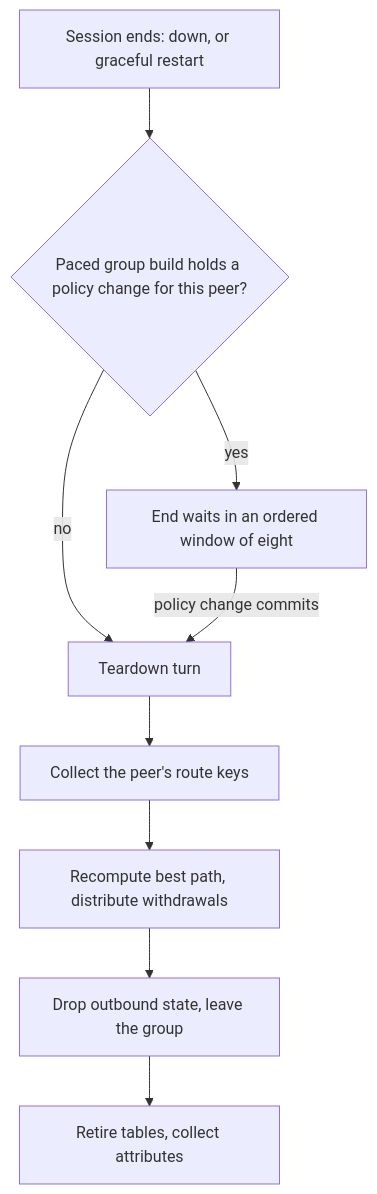
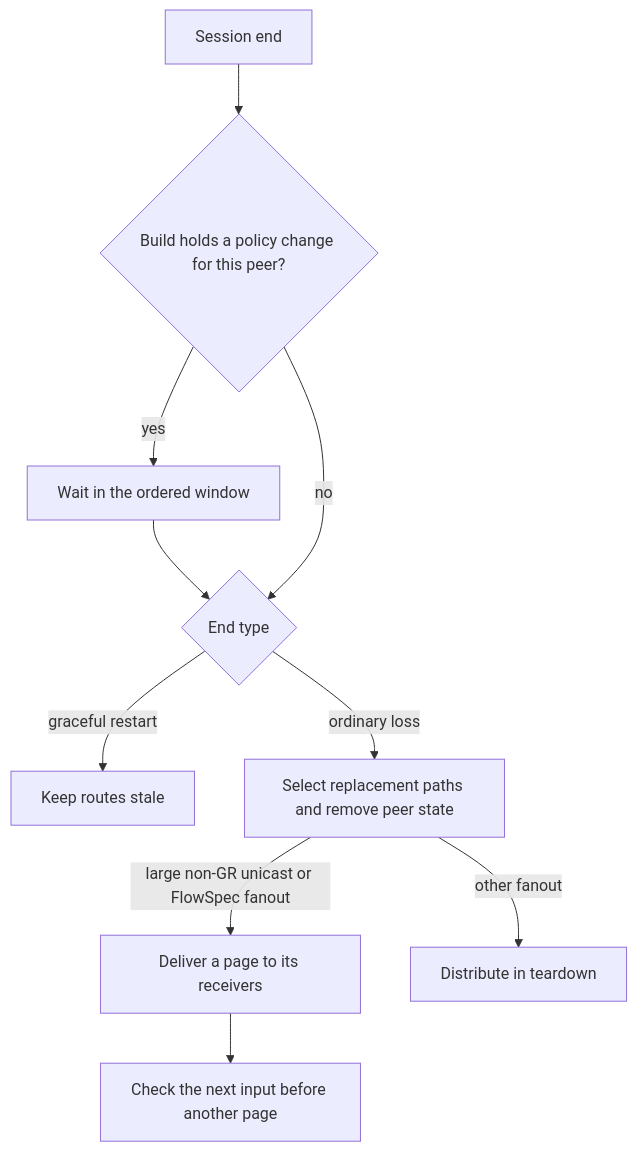
One commit to lance0/rustbgpd changed the fifth of 5 diagrams in docs/reference/rib-lifecycle.md. Above: the diagram before and after it, drawn with Mermaid. The commit also changed other lines of this file and 1 other file, not shown here.

Commit message:
docs(rib): describe paced source loss and scoped recovery

````diff
--- a/docs/reference/rib-lifecycle.md
+++ b/docs/reference/rib-lifecycle.md
@@ -864,11 +899,12 @@
 ```mermaid
 flowchart TD
-    A["Session ends: down, or graceful restart"] --> B{"Paced group build holds a policy change for this peer?"}
-    B -->|"no"| D["Teardown turn"]
-    B -->|"yes"| C["End waits in an ordered window of eight"]
-    C -->|"policy change commits"| D
-    D --> E["Collect the peer's route keys"]
-    E --> F["Recompute best path, distribute withdrawals"]
-    F --> G["Drop outbound state, leave the group"]
-    G --> H["Retire tables, collect attributes"]
+    A["Session end"] --> B{"Build holds a policy change for this peer?"}
+    B -->|"yes"| C["Wait in the ordered window"]
+    C --> D{"End type"}
+    B -->|"no"| D
+    D -->|"graceful restart"| R["Keep routes stale"]
+    D -->|"ordinary loss"| E["Select replacement paths and remove peer state"]
+    E -->|"large non-GR unicast or FlowSpec fanout"| F["Deliver a page to its receivers"]
+    F --> G["Check the next input before another page"]
+    E -->|"other fanout"| H["Distribute in teardown"]
 ```
````
